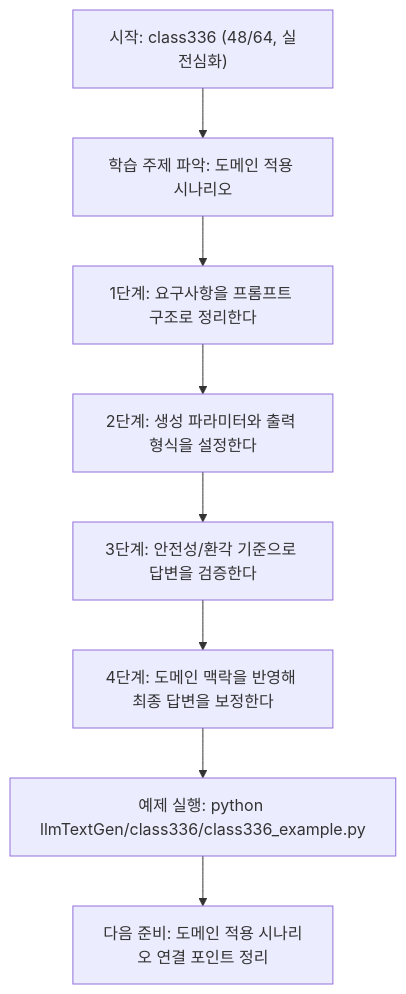
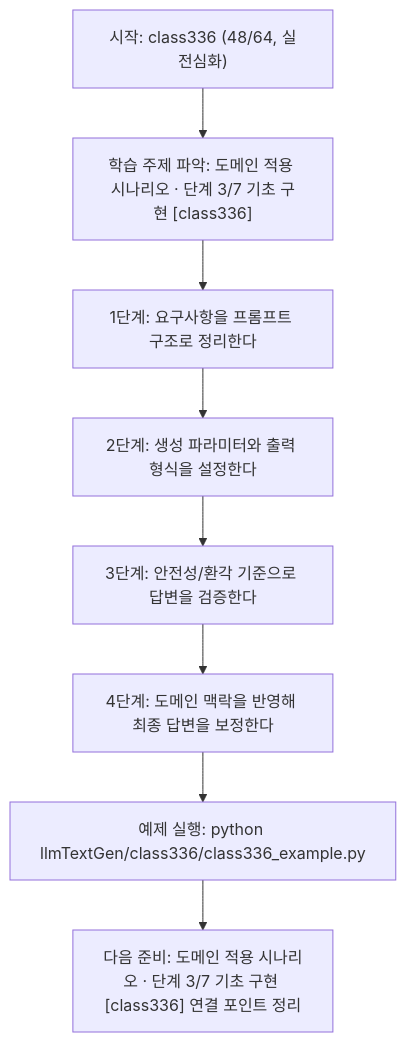
Before and after one commit to edumgt/Python-AI_Agent-Class: the diagram in llmTextGen/class336/class336.md, drawn with Mermaid. The commit also changed other lines of this file and 522 other files, not shown here.

````diff
--- a/llmTextGen/class336/class336.md
+++ b/llmTextGen/class336/class336.md
@@ -113,18 +114,18 @@
 ```mermaid
 flowchart TD
 N1["시작: class336 (48/64, 실전심화)"]
-N2["학습 주제 파악: 도메인 적용 시나리오"]
+N2["학습 주제 파악: 도메인 적용 시나리오 · 단계 3/7 기초 구현 [class336]"]
 N3["1단계: 요구사항을 프롬프트 구조로 정리한다"]
 N4["2단계: 생성 파라미터와 출력 형식을 설정한다"]
 N5["3단계: 안전성/환각 기준으로 답변을 검증한다"]
 N6["4단계: 도메인 맥락을 반영해 최종 답변을 보정한다"]
 N7["예제 실행: python llmTextGen/class336/class336_example.py"]
-N8["다음 준비: 도메인 적용 시나리오 연결 포인트 정리"]
+N8["다음 준비: 도메인 적용 시나리오 · 단계 3/7 기초 구현 [class336] 연결 포인트 정리"]
 N1 --> N2
 N2 --> N3
 N3 --> N4
 N4 --> N5
 N5 --> N6
 N6 --> N7
 N7 --> N8
 ```
````
